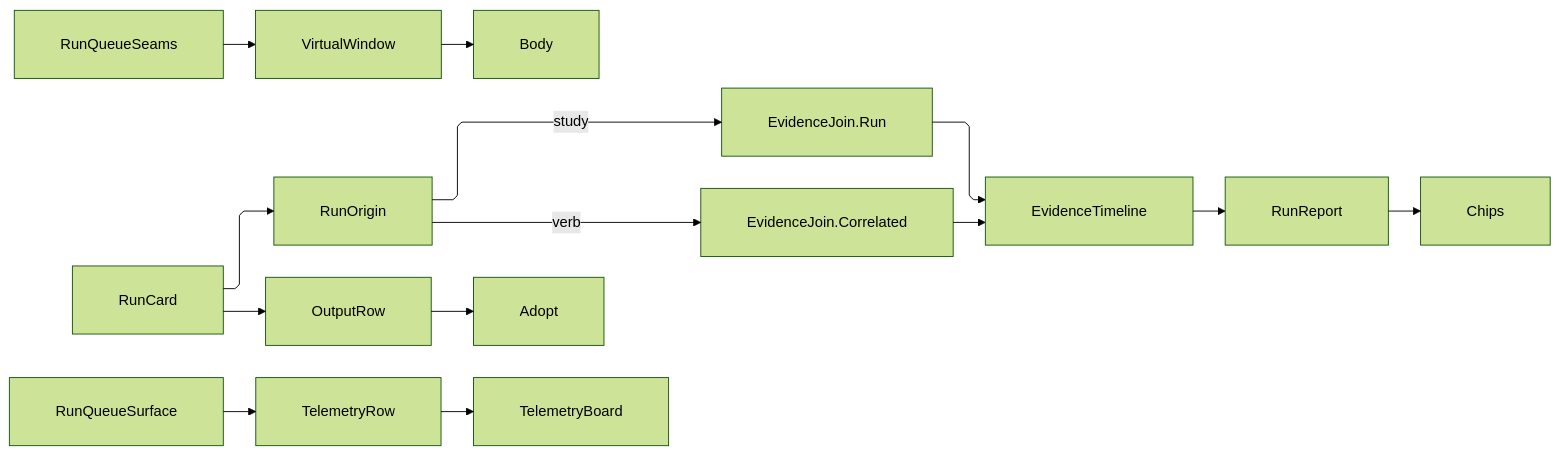
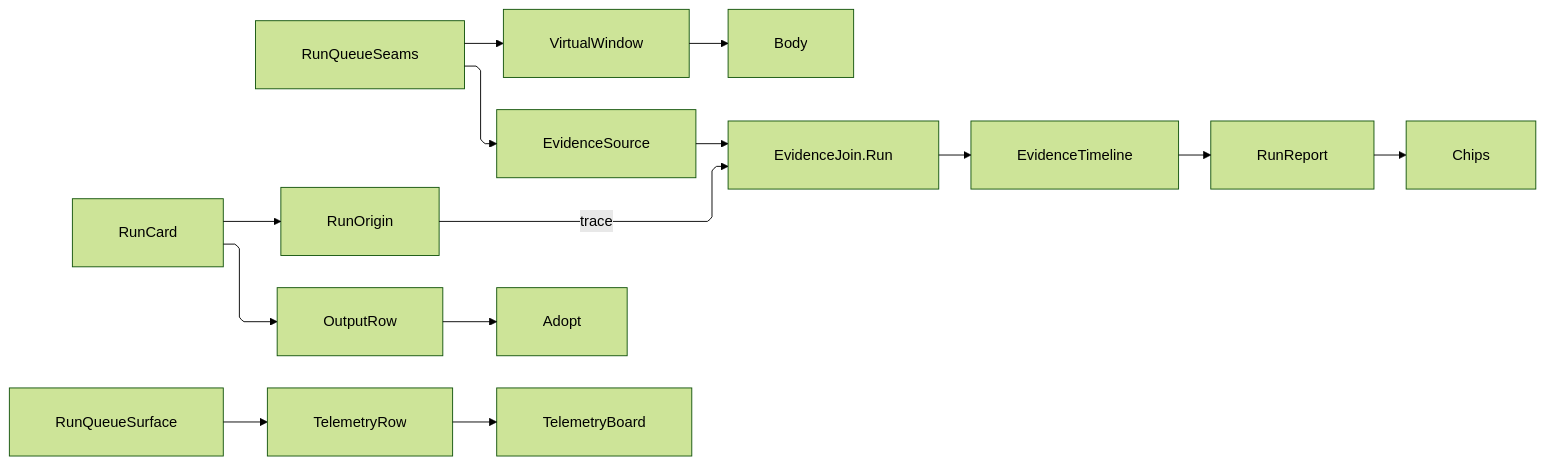
One commit to bsamiee/Rasm changed the diagram in libs/dotnet/Rasm.AppUi/.planning/Shell/queue.md. Above: the diagram before and after it, drawn with Mermaid (forest theme). The commit also changed other lines of this file and 1417 other files, not shown here.

````diff
--- a/libs/dotnet/Rasm.AppUi/.planning/Shell/queue.md
+++ b/libs/dotnet/Rasm.AppUi/.planning/Shell/queue.md
@@ -347,25 +346,25 @@
 ```mermaid
 ---
 config:
   layout: elk
   flowchart:
     curve: linear
     padding: 25
 ---
 flowchart LR
     accTitle: Run-queue card, report, and output handoff
     accDescr: The card change set realizing through the virtual window into the tree body, the run origin narrowing an evidence source into one timeline that folds a severity-first report behind count chips, and a sealed output raising the layer adoption verb.
     RunQueueSeams --> VirtualWindow
+    RunQueueSeams --> EvidenceSource
     VirtualWindow --> Body
     RunCard --> RunOrigin
-    RunOrigin -->|study| JoinRun["EvidenceJoin.Run"]
-    RunOrigin -->|verb| JoinCorrelated["EvidenceJoin.Correlated"]
+    RunOrigin -->|trace| JoinRun["EvidenceJoin.Run"]
+    EvidenceSource --> JoinRun
     JoinRun --> EvidenceTimeline
-    JoinCorrelated --> EvidenceTimeline
     EvidenceTimeline --> RunReport
     RunReport --> Chips
     RunCard --> OutputRow
     OutputRow --> Adopt
     RunQueueSurface --> TelemetryRow
     TelemetryRow --> TelemetryBoard
 ```
````
